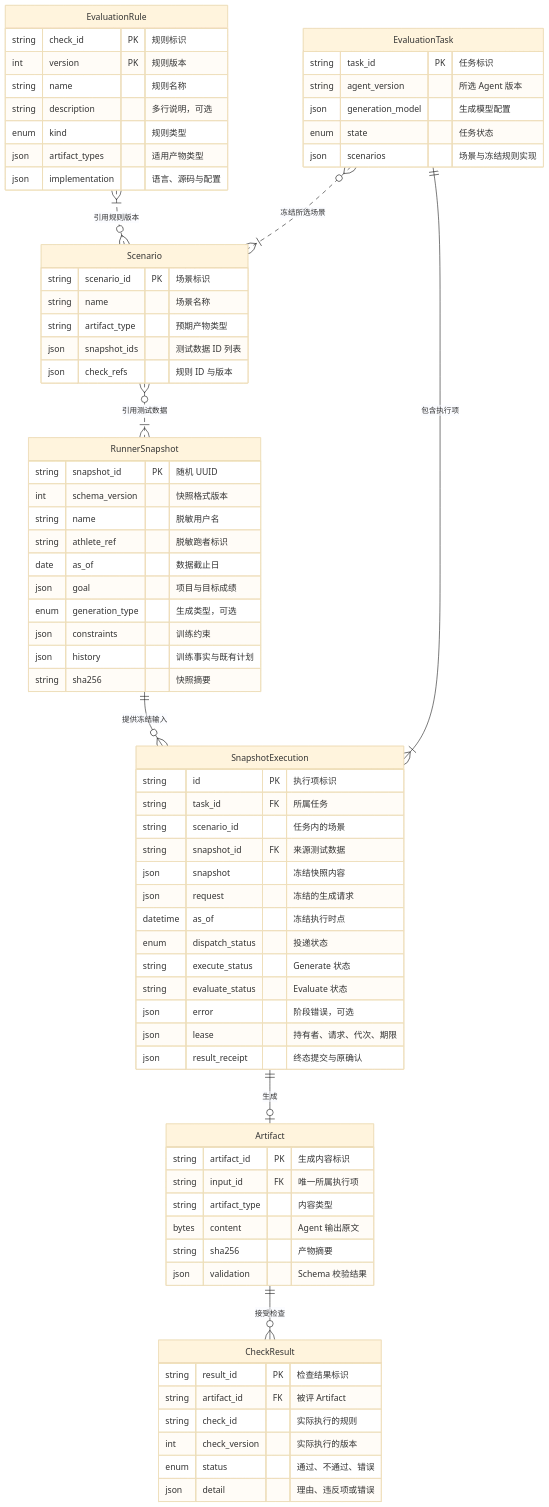
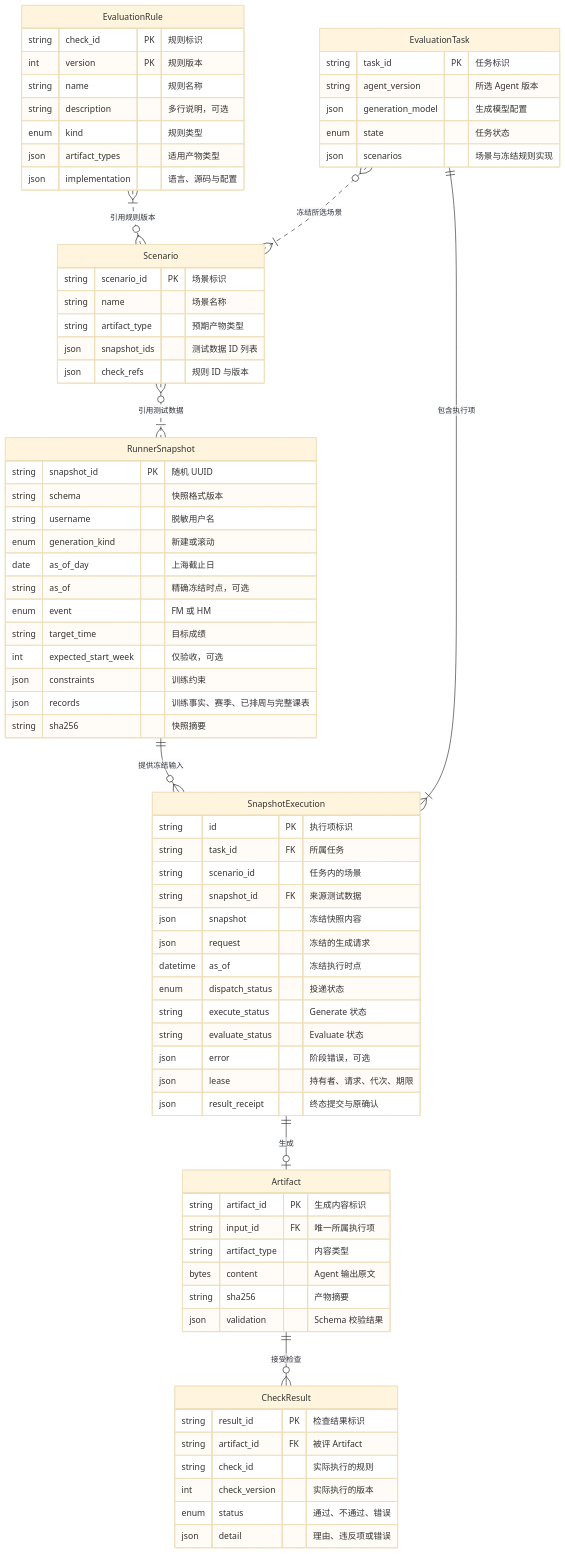
Before and after one commit to zhaochy1990/running: the second of 2 diagrams in docs/superpowers/specs/2026-11-23-offline-plan-eval.md, drawn with Mermaid (base theme). The commit also changed other lines of this file and 1 other file, not shown here.

Commit message:
docs(coach-eval): align frozen snapshot diagrams (#1053)

````diff
--- a/docs/superpowers/specs/2026-11-23-offline-plan-eval.md
+++ b/docs/superpowers/specs/2026-11-23-offline-plan-eval.md
@@ -248,76 +248,78 @@
 ```mermaid
 erDiagram
     EvaluationRule {
         string check_id PK "规则标识"
         int version PK "规则版本"
         string name "规则名称"
         string description "多行说明，可选"
         enum kind "规则类型"
         json artifact_types "适用产物类型"
         json implementation "语言、源码与配置"
     }
     Scenario {
         string scenario_id PK "场景标识"
         string name "场景名称"
         string artifact_type "预期产物类型"
         json snapshot_ids "测试数据 ID 列表"
         json check_refs "规则 ID 与版本"
     }
     RunnerSnapshot {
         string snapshot_id PK "随机 UUID"
-        int schema_version "快照格式版本"
-        string name "脱敏用户名"
-        string athlete_ref "脱敏跑者标识"
-        date as_of "数据截止日"
-        json goal "项目与目标成绩"
-        enum generation_type "生成类型，可选"
+        string schema "快照格式版本"
+        string username "脱敏用户名"
+        enum generation_kind "新建或滚动"
+        date as_of_day "上海截止日"
+        string as_of "精确冻结时点，可选"
+        enum event "FM 或 HM"
+        string target_time "目标成绩"
+        int expected_start_week "仅验收，可选"
         json constraints "训练约束"
-        json history "训练事实与既有计划"
+        json records "训练事实、赛季、已排周与完整课表"
         string sha256 "快照摘要"
     }
     EvaluationTask {
         string task_id PK "任务标识"
         string agent_version "所选 Agent 版本"
         json generation_model "生成模型配置"
         enum state "任务状态"
         json scenarios "场景与冻结规则实现"
     }
     SnapshotExecution {
         string id PK "执行项标识"
         string task_id FK "所属任务"
         string scenario_id "任务内的场景"
         string snapshot_id FK "来源测试数据"
         json snapshot "冻结快照内容"
         json request "冻结的生成请求"
         datetime as_of "冻结执行时点"
         enum dispatch_status "投递状态"
         string execute_status "Generate 状态"
         string evaluate_status "Evaluate 状态"
         json error "阶段错误，可选"
         json lease "持有者、请求、代次、期限"
         json result_receipt "终态提交与原确认"
     }
     Artifact {
         string artifact_id PK "生成内容标识"
         string input_id FK "唯一所属执行项"
         string artifact_type "内容类型"
         bytes content "Agent 输出原文"
         string sha256 "产物摘要"
         json validation "Schema 校验结果"
     }
     CheckResult {
         string result_id PK "检查结果标识"
         string artifact_id FK "被评 Artifact"
         string check_id "实际执行的规则"
         int check_version "实际执行的版本"
         enum status "通过、不通过、错误"
         json detail "理由、违反项或错误"
     }
     EvaluationRule }|..o{ Scenario : "引用规则版本"
     Scenario }o..|{ RunnerSnapshot : "引用测试数据"
     EvaluationTask }o..|{ Scenario : "冻结所选场景"
     EvaluationTask ||--|{ SnapshotExecution : "包含执行项"
     RunnerSnapshot ||--o{ SnapshotExecution : "提供冻结输入"
     SnapshotExecution ||--o| Artifact : "生成"
     Artifact ||--o{ CheckResult : "接受检查"
 ```
````
